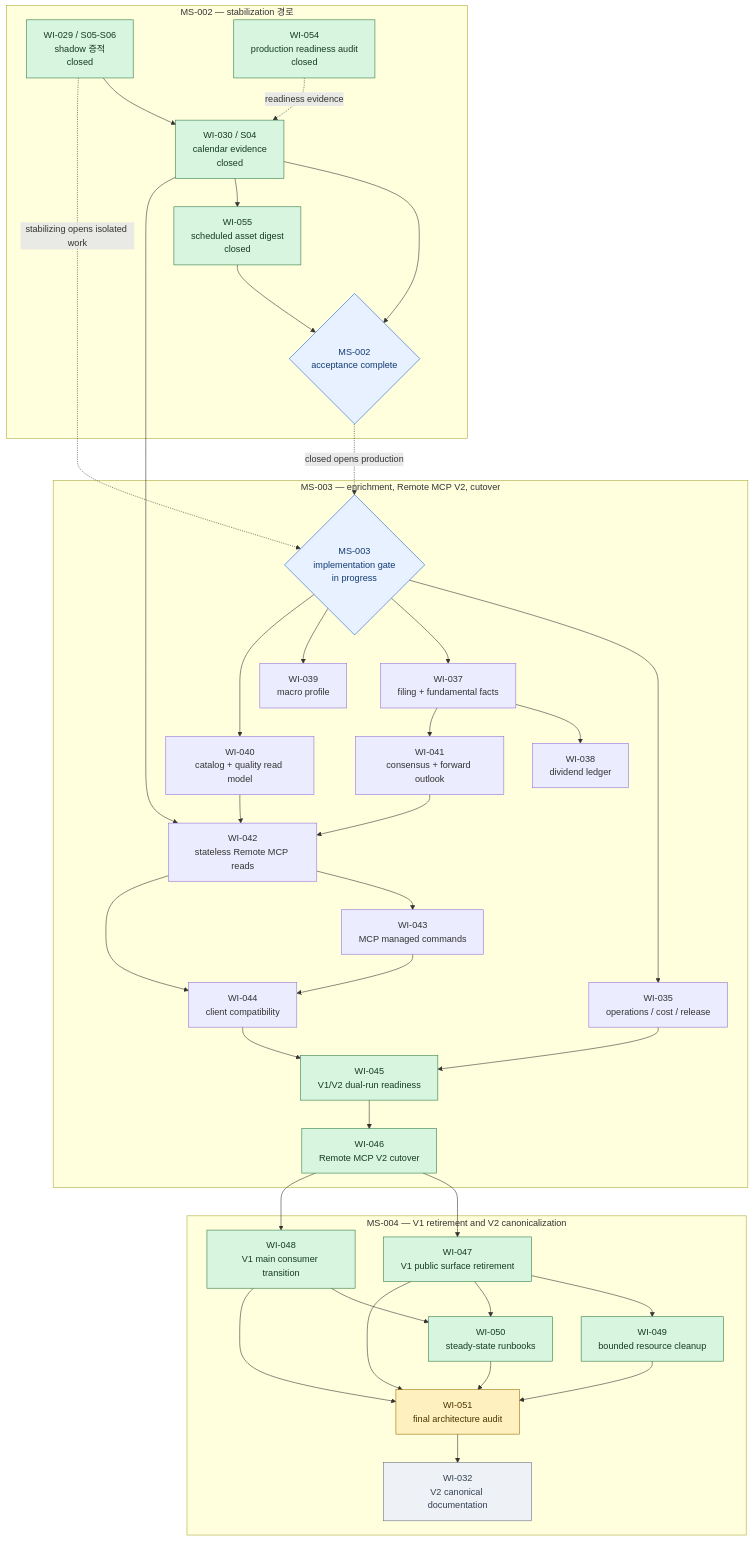
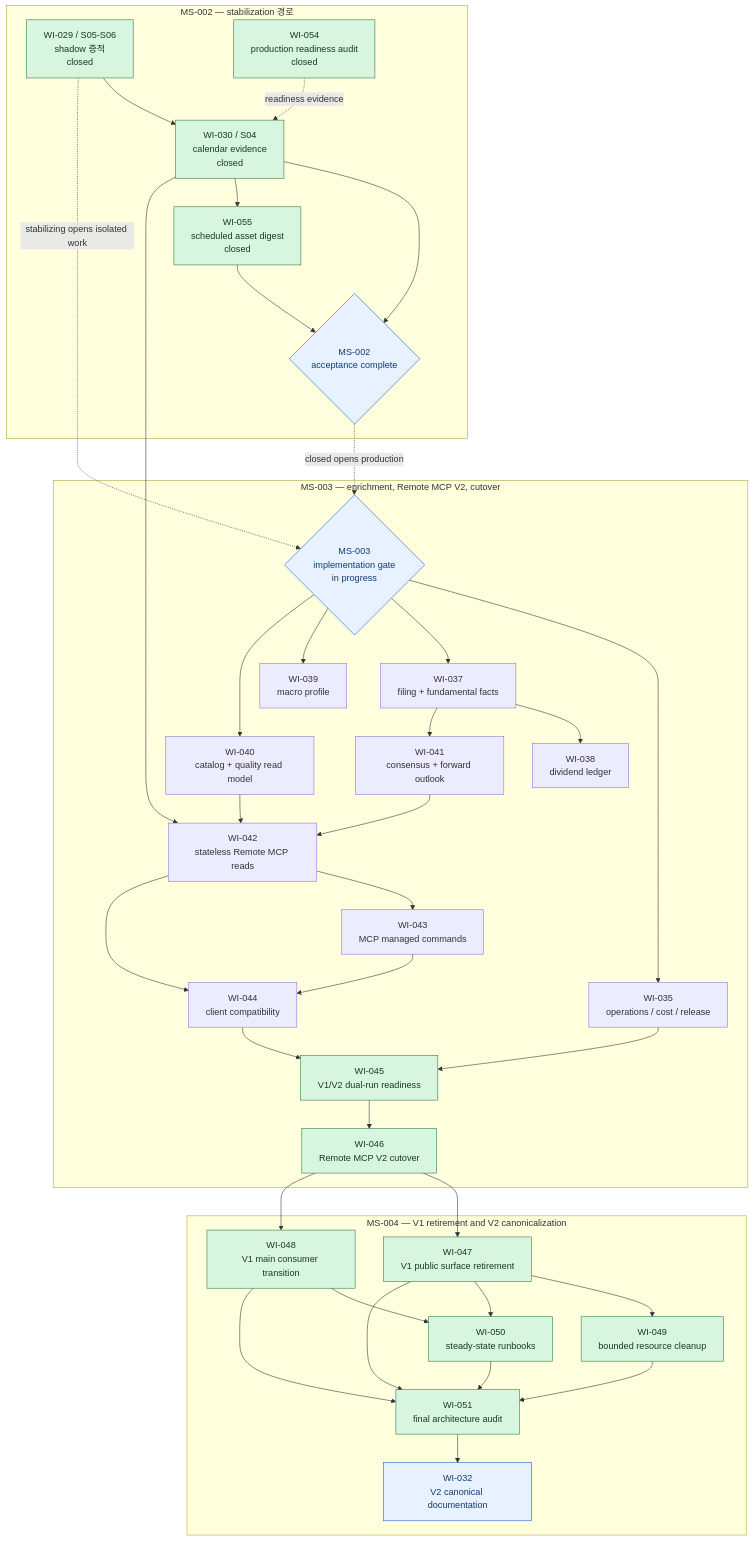
Before and after one commit to meringue5/KIS_Portfolio_MCP: the third of 3 diagrams in docs/milestones/README.md, drawn with Mermaid. The commit also changed other lines of this file and 5 other files, not shown here.

````diff
--- a/docs/milestones/README.md
+++ b/docs/milestones/README.md
@@ -142,82 +142,82 @@
 ```mermaid
 flowchart TB
     subgraph M2["MS-002 — stabilization 경로"]
         W29["WI-029 / S05-S06<br/>shadow 증적<br/>closed"]
         W30["WI-030 / S04<br/>calendar evidence<br/>closed"]
         W54["WI-054<br/>production readiness audit<br/>closed"]
         W55["WI-055<br/>scheduled asset digest<br/>closed"]
         M2DONE{"MS-002<br/>acceptance complete"}
         W29 --> W30 --> M2DONE
         W30 --> W55 --> M2DONE
         W54 -. readiness evidence .-> W30
     end
 
     subgraph M3["MS-003 — enrichment, Remote MCP V2, cutover"]
         M3OPEN{"MS-003<br/>implementation gate<br/>in progress"}
         W35["WI-035<br/>operations / cost / release"]
         W37["WI-037<br/>filing + fundamental facts"]
         W38["WI-038<br/>dividend ledger"]
         W39["WI-039<br/>macro profile"]
         W40["WI-040<br/>catalog + quality read model"]
         W41["WI-041<br/>consensus + forward outlook"]
         W42["WI-042<br/>stateless Remote MCP reads"]
         W43["WI-043<br/>MCP managed commands"]
         W44["WI-044<br/>client compatibility"]
         W45["WI-045<br/>V1/V2 dual-run readiness"]
         W46["WI-046<br/>Remote MCP V2 cutover"]
 
         M3OPEN --> W35
         M3OPEN --> W37
         M3OPEN --> W39
         M3OPEN --> W40
         W37 --> W38
         W37 --> W41
         W30 --> W42
         W40 --> W42
         W41 --> W42
         W42 --> W43
         W42 --> W44
         W43 --> W44
         W35 --> W45
         W44 --> W45 --> W46
     end
 
     subgraph M4["MS-004 — V1 retirement and V2 canonicalization"]
         W47["WI-047<br/>V1 public surface retirement"]
         W48["WI-048<br/>V1 main consumer transition"]
         W49["WI-049<br/>bounded resource cleanup"]
         W50["WI-050<br/>steady-state runbooks"]
         W51["WI-051<br/>final architecture audit"]
         W32["WI-032<br/>V2 canonical documentation"]
 
         W46 --> W47
         W46 --> W48
         W47 --> W49
         W47 --> W50
         W48 --> W50
         W47 --> W51
         W48 --> W51
         W49 --> W51
         W50 --> W51
         W51 --> W32
     end
 
     W29 -. stabilizing opens isolated work .-> M3OPEN
     M2DONE -. closed opens production .-> M3OPEN
 
     classDef active fill:#fff1bf,stroke:#9a6b00,color:#4b3500;
     classDef closed fill:#d7f5df,stroke:#2d7a46,color:#173b24;
     classDef ready fill:#e8f1ff,stroke:#175cd3,color:#123b72;
     classDef blocked fill:#fde2e2,stroke:#b42318,color:#5b1712;
     classDef proposed fill:#eef1f5,stroke:#667085,color:#344054;
     classDef gate fill:#e8f1ff,stroke:#175cd3,color:#123b72;
     class W29,W30,W54,W55 closed;
     class W35,W40 verified;
     class W37,W38,W39,W41,W42,W43,W44 verified;
     class W45 closed;
     class W46,W47,W48,W49 closed;
     class W50 closed;
-    class W51 active;
-    class W32 proposed;
+    class W51 closed;
+    class W32 ready;
     class M2DONE,M3OPEN gate;
 ```
````
